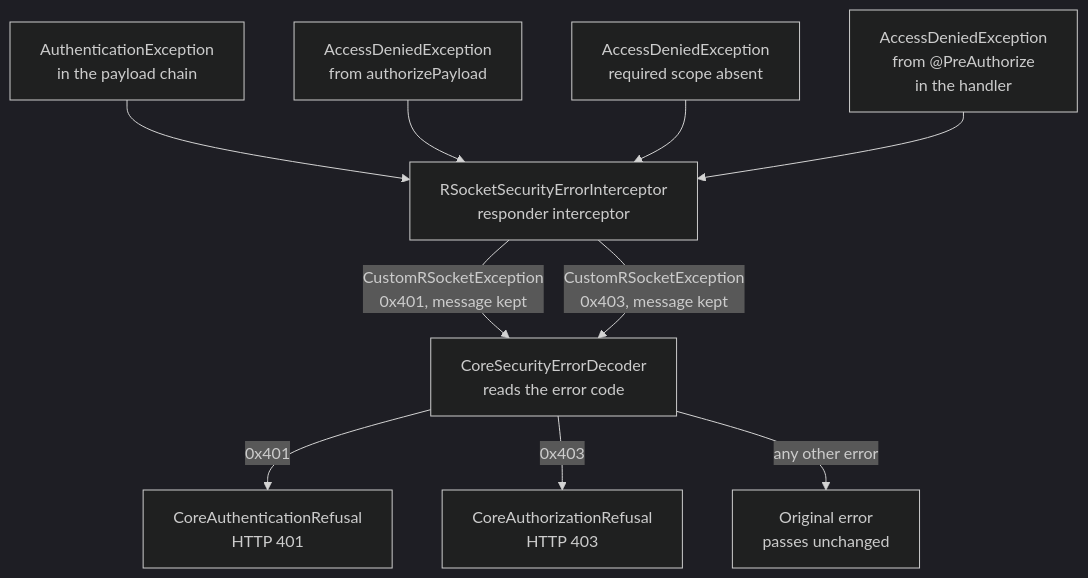
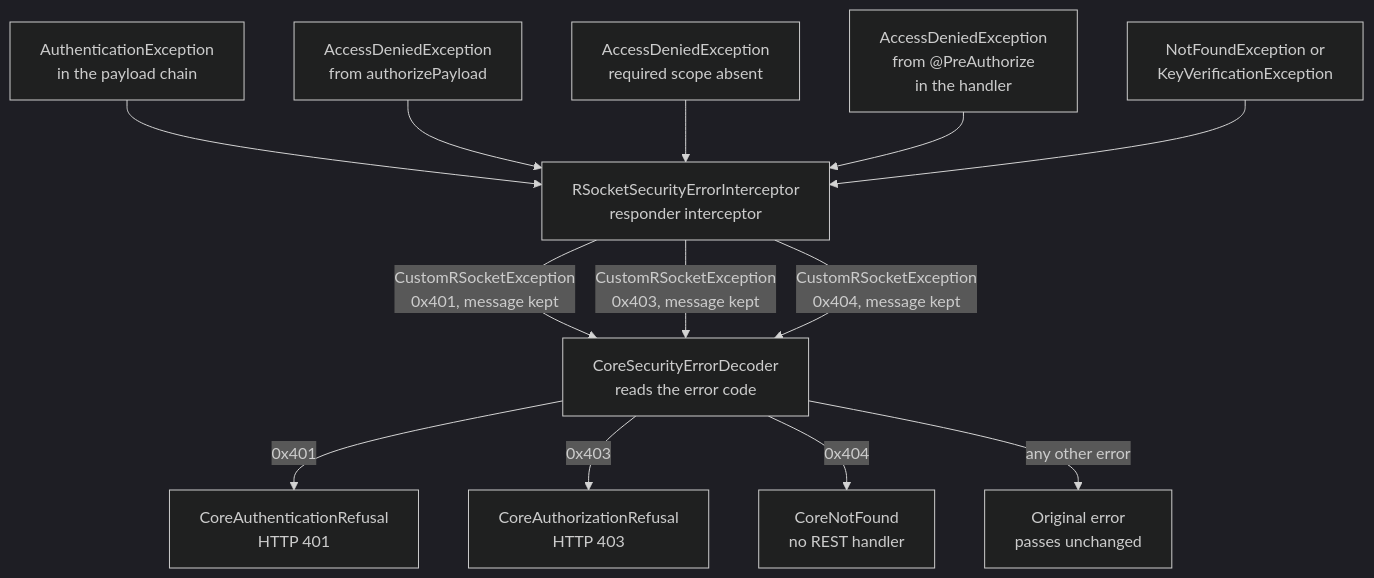
One commit to marios-code-path/demo-chat changed the third of 6 diagrams in docs/REST-TOKEN-RELAY.md. Above: the diagram before and after it, drawn with Mermaid (dark theme). The commit also changed other lines of this file and 10 other files, not shown here.

First line of the commit message:
Give a core miss its own RSocket code, so a failure is not a miss (CHAT-scoizkpm)

````diff
--- a/docs/REST-TOKEN-RELAY.md
+++ b/docs/REST-TOKEN-RELAY.md
@@ -114,14 +114,17 @@
 ```mermaid
 flowchart TD
     E1["AuthenticationException<br/>in the payload chain"] --> EI
     E2["AccessDeniedException<br/>from authorizePayload"] --> EI
     E3["AccessDeniedException<br/>required scope absent"] --> EI
     H["AccessDeniedException<br/>from @PreAuthorize<br/>in the handler"] --> EI
+    M["NotFoundException or<br/>KeyVerificationException"] --> EI
     EI["RSocketSecurityErrorInterceptor<br/>responder interceptor"]
     EI -->|"CustomRSocketException<br/>0x401, message kept"| D
     EI -->|"CustomRSocketException<br/>0x403, message kept"| D
+    EI -->|"CustomRSocketException<br/>0x404, message kept"| D
     D["CoreSecurityErrorDecoder<br/>reads the error code"]
     D -->|0x401| R401["CoreAuthenticationRefusal<br/>HTTP 401"]
     D -->|0x403| R403["CoreAuthorizationRefusal<br/>HTTP 403"]
+    D -->|0x404| R404["CoreNotFound<br/>no REST handler"]
     D -->|"any other error"| RAW["Original error<br/>passes unchanged"]
 ```
````
